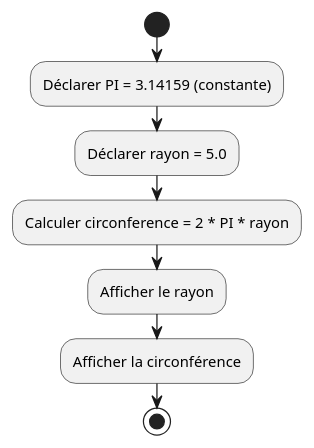
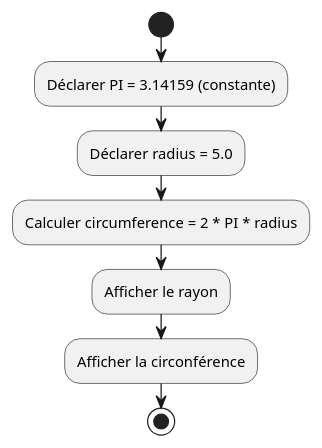
Before and after one commit to HEIG-VD-Prog-Course/HEIG-VD-ProgIM-Course: the third of 12 diagrams in 04.02-variables-constantes/02-exercices/README.md, drawn with PlantUML. The commit also changed other lines of this file and 1 other file, not shown here.

````diff
--- a/04.02-variables-constantes/02-exercices/README.md
+++ b/04.02-variables-constantes/02-exercices/README.md
@@ -249,11 +249,11 @@
 ```plantuml
 @startuml
 start
 :Déclarer PI = 3.14159 (constante);
-:Déclarer rayon = 5.0;
-:Calculer circonference = 2 * PI * rayon;
+:Déclarer radius = 5.0;
+:Calculer circumference = 2 * PI * radius;
 :Afficher le rayon;
 :Afficher la circonférence;
 stop
 @enduml
 ```
````
